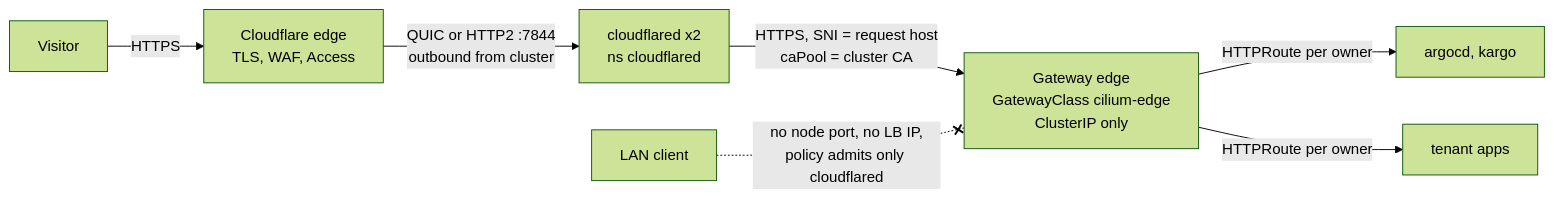
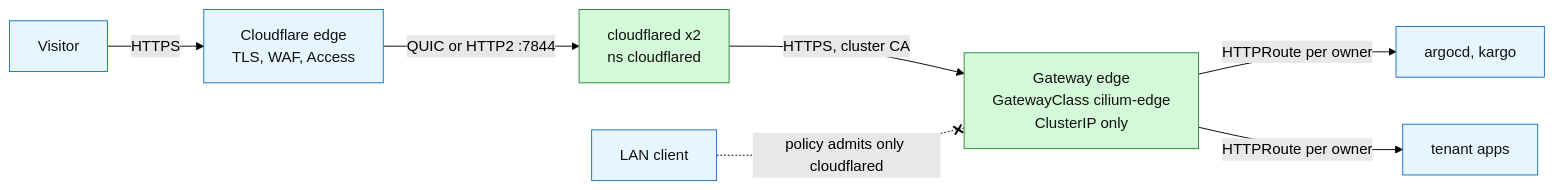
One commit to gsuquet/infra changed the diagram in docs/rfc/0026-cloudflare-tunnel.md. Above: the diagram before and after it, drawn with Mermaid (forest theme). The commit also changed other lines of this file and 7 other files, not shown here.

````diff
--- a/docs/rfc/0026-cloudflare-tunnel.md
+++ b/docs/rfc/0026-cloudflare-tunnel.md
@@ -119,9 +135,11 @@
 ```mermaid
 flowchart LR
-    U[Visitor] -->|HTTPS| E["Cloudflare edge<br/>TLS, WAF, Access"]
-    E -->|"QUIC or HTTP2 :7844<br/>outbound from cluster"| C["cloudflared x2<br/>ns cloudflared"]
-    C -->|"HTTPS, SNI = request host<br/>caPool = cluster CA"| G["Gateway edge<br/>GatewayClass cilium-edge<br/>ClusterIP only"]
-    G -->|HTTPRoute per owner| P["argocd, kargo"]
-    G -->|HTTPRoute per owner| T[tenant apps]
-    L[LAN client] -. "no node port, no LB IP,<br/>policy admits only cloudflared" .-x G
+    U[Visitor]:::external -->|HTTPS| E["Cloudflare edge<br/>TLS, WAF, Access"]:::external
+    E -->|"QUIC or HTTP2 :7844"| C["cloudflared x2<br/>ns cloudflared"]:::new
+    C -->|"HTTPS, cluster CA"| G["Gateway edge<br/>GatewayClass cilium-edge<br/>ClusterIP only"]:::new
+    G -->|HTTPRoute per owner| P["argocd, kargo"]:::external
+    G -->|HTTPRoute per owner| T[tenant apps]:::external
+    L[LAN client]:::external -. "policy admits only cloudflared" .-x G
+    classDef new fill:#d3f9d8,stroke:#2b8a3e,color:#111
+    classDef external fill:#e7f5ff,stroke:#1971c2,color:#111
 ```
````
